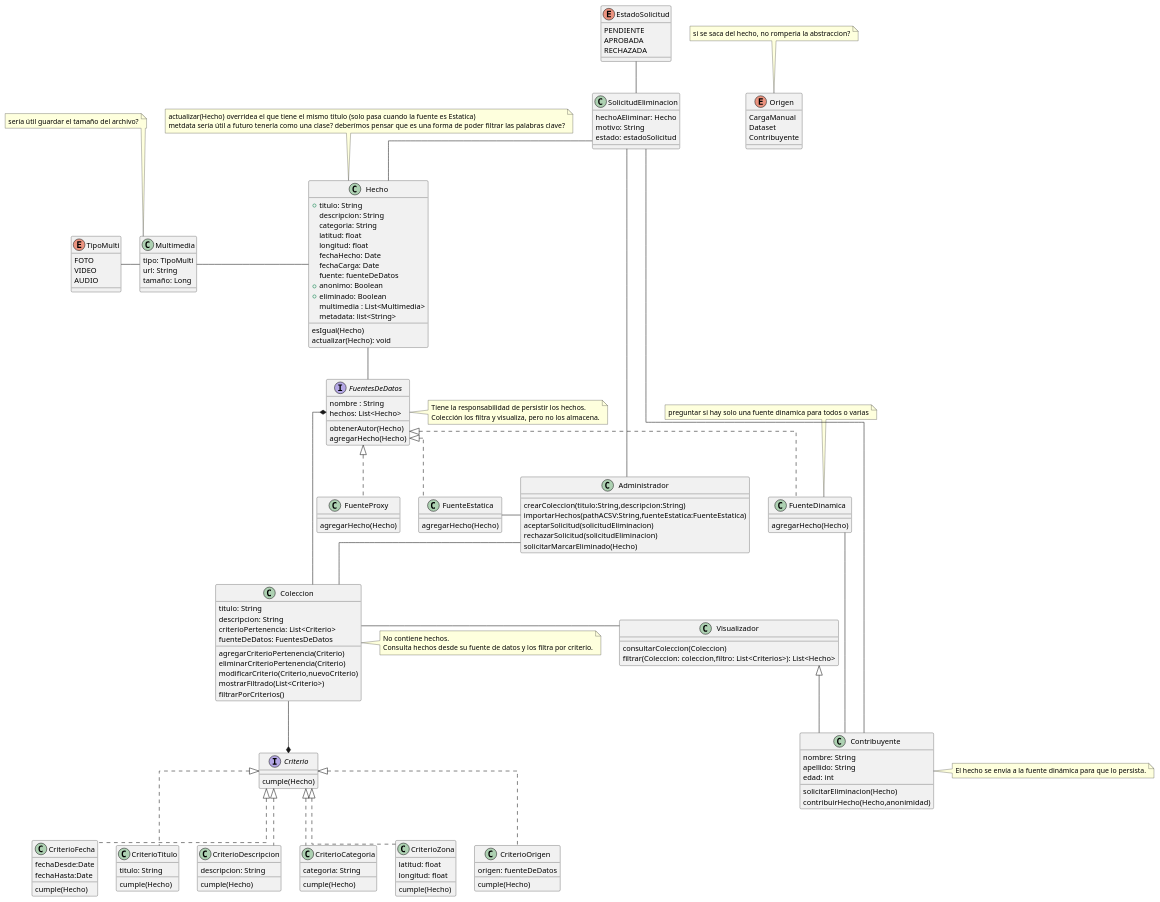
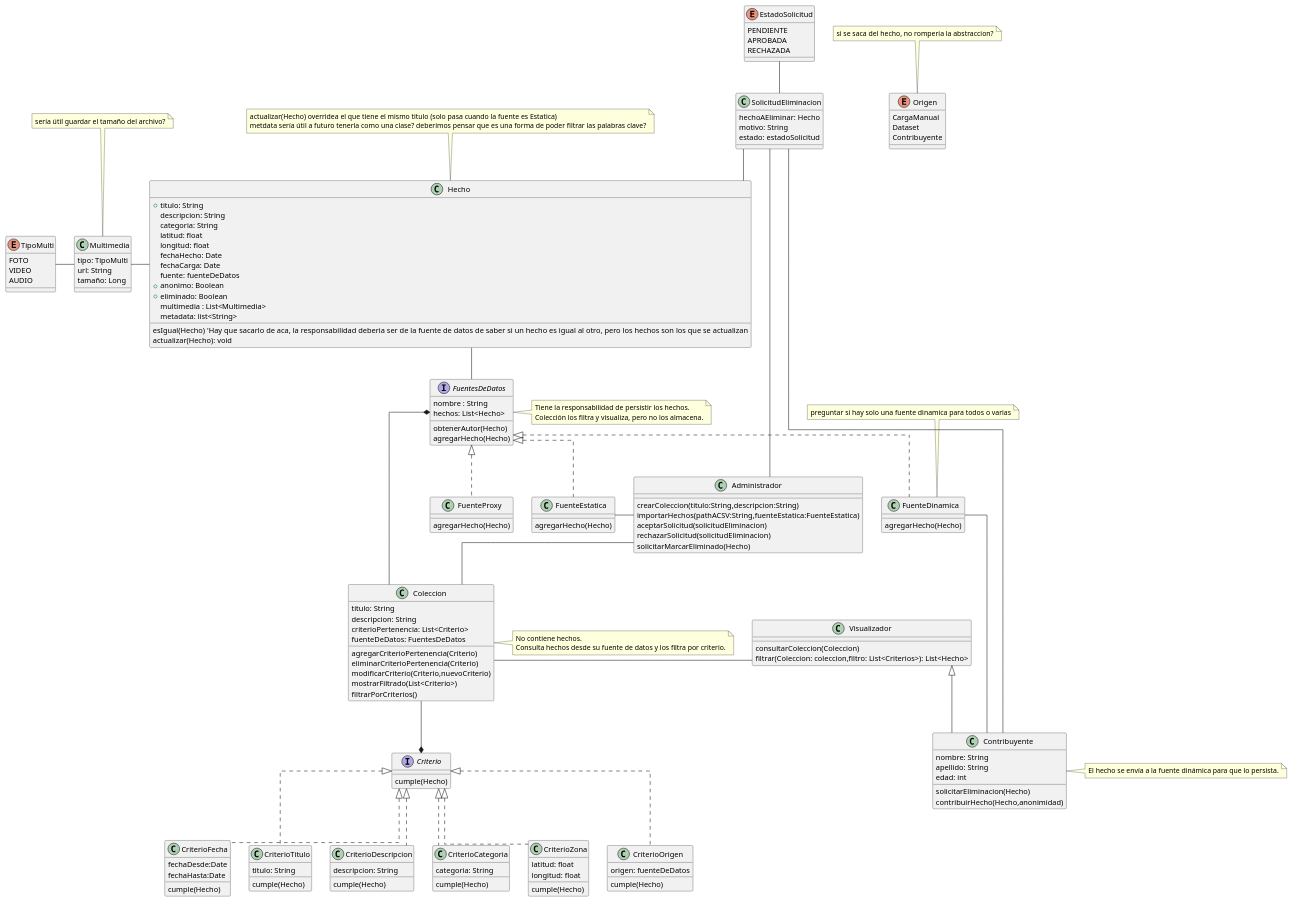
Before and after one commit to santiagosiclari/DDSI-Metamapa: the second of 2 diagrams in Entrega 1/Diagrama de clases.puml, drawn with PlantUML. The commit also changed 3 other files, not shown here.

```diff
--- a/Entrega 1/Diagrama de clases.puml
+++ b/Entrega 1/Diagrama de clases.puml
@@ -240,7 +240,7 @@
     +eliminado: Boolean
     multimedia : List<Multimedia>
     metadata: list<String>
-    {method}esIgual(Hecho)
+    {method}esIgual(Hecho) 'Hay que sacarlo de aca, la responsabilidad deberia ser de la fuente de datos de saber si un hecho es igual al otro, pero los hechos son los que se actualizan
     {method}actualizar(Hecho): void
 }
 note top of Hecho 
```
